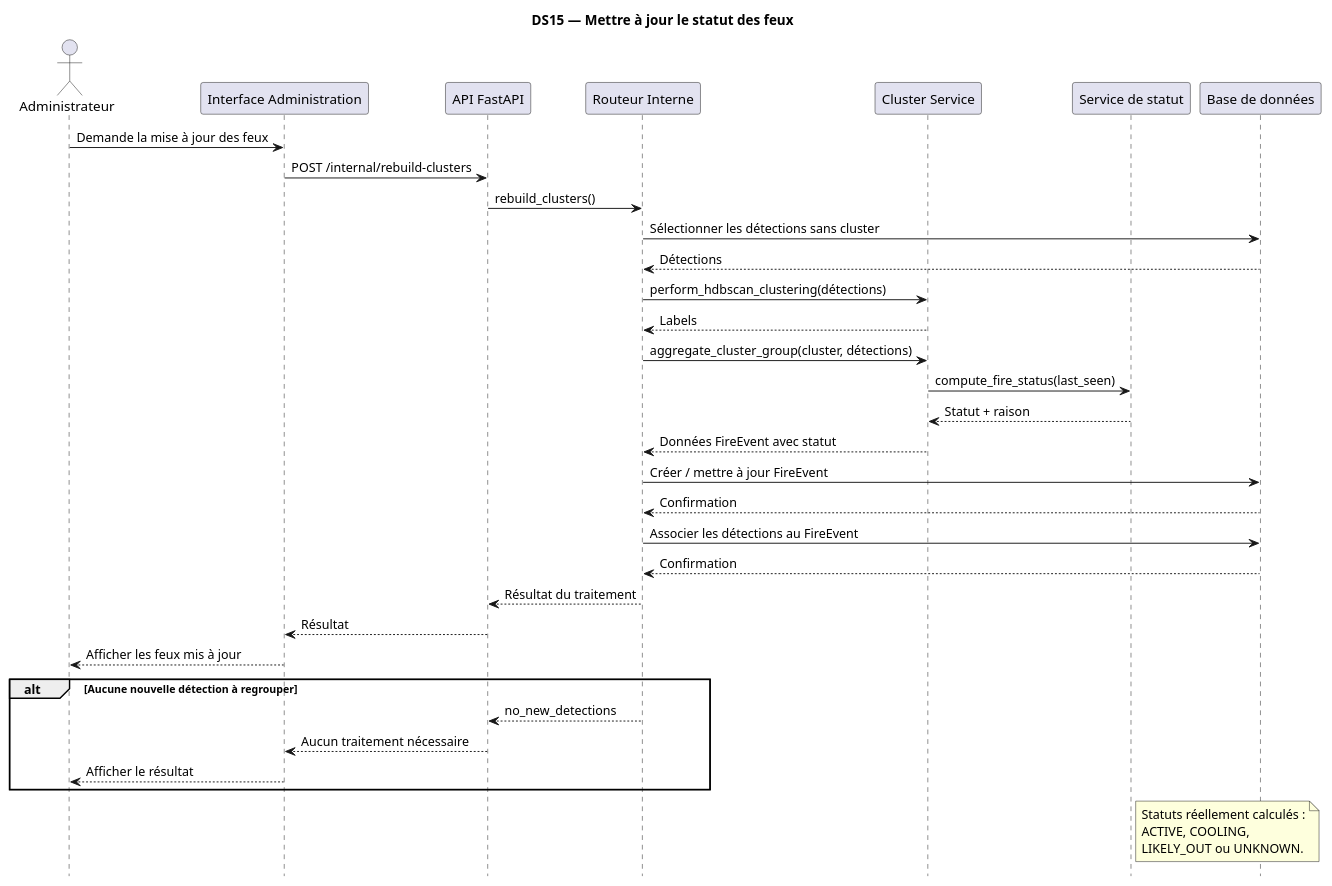
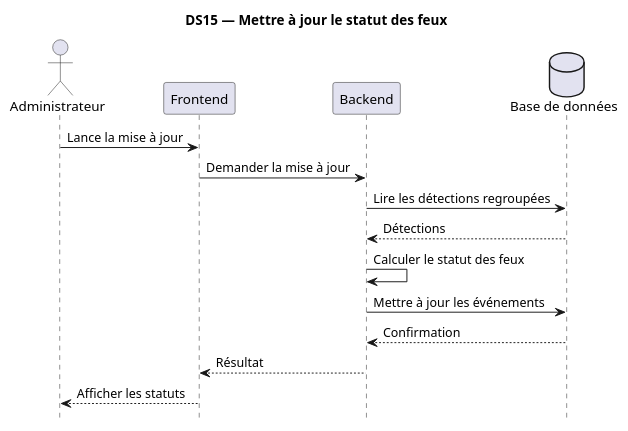
Before and after one commit to TkAbeleon/NoteAcemiqueProjetSoutenanceL3: the diagram in UML_JeryMotro/DS15_Mettre_a_jour_statut_feux.plantuml, drawn with PlantUML.

Commit message:
Alléger DS15 avec les couches principales

```diff
--- a/UML_JeryMotro/DS15_Mettre_a_jour_statut_feux.plantuml
+++ b/UML_JeryMotro/DS15_Mettre_a_jour_statut_feux.plantuml
@@ -1,46 +1,22 @@
 @startuml
 
 title DS15 — Mettre à jour le statut des feux
 hide footbox
 skinparam shadowing false
 
 actor "Administrateur" as A
-participant "Interface Administration" as I
-participant "API FastAPI" as API
-participant "Routeur Interne" as R
-participant "Cluster Service" as C
-participant "Service de statut" as S
-participant "Base de données" as DB
+participant "Frontend" as F
+participant "Backend" as B
+database "Base de données" as DB
 
-A -> I : Demande la mise à jour des feux
-I -> API : POST /internal/rebuild-clusters
-API -> R : rebuild_clusters()
-R -> DB : Sélectionner les détections sans cluster
-DB --> R : Détections
-R -> C : perform_hdbscan_clustering(détections)
-C --> R : Labels
-R -> C : aggregate_cluster_group(cluster, détections)
-C -> S : compute_fire_status(last_seen)
-S --> C : Statut + raison
-C --> R : Données FireEvent avec statut
-R -> DB : Créer / mettre à jour FireEvent
-DB --> R : Confirmation
-R -> DB : Associer les détections au FireEvent
-DB --> R : Confirmation
-R --> API : Résultat du traitement
-API --> I : Résultat
-I --> A : Afficher les feux mis à jour
-
-alt Aucune nouvelle détection à regrouper
-    R --> API : no_new_detections
-    API --> I : Aucun traitement nécessaire
-    I --> A : Afficher le résultat
-end
-
-note right of S
-Statuts réellement calculés :
-ACTIVE, COOLING,
-LIKELY_OUT ou UNKNOWN.
-end note
+A -> F : Lance la mise à jour
+F -> B : Demander la mise à jour
+B -> DB : Lire les détections regroupées
+DB --> B : Détections
+B -> B : Calculer le statut des feux
+B -> DB : Mettre à jour les événements
+DB --> B : Confirmation
+B --> F : Résultat
+F --> A : Afficher les statuts
 
 @enduml
```
